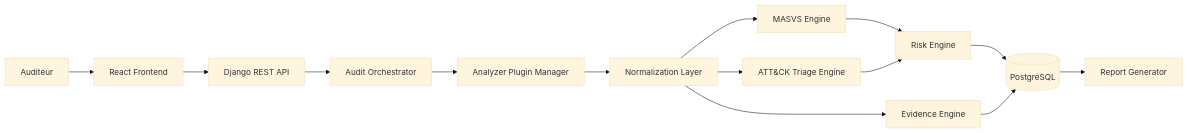
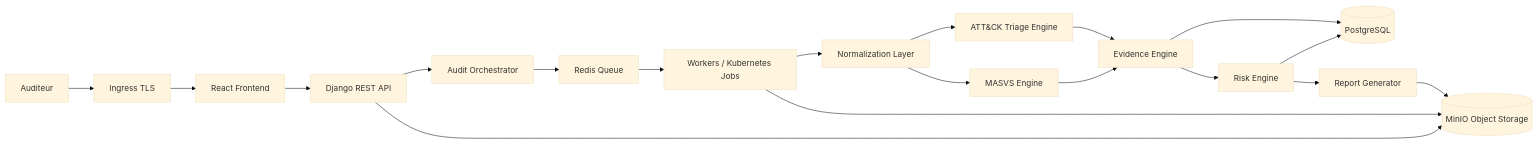
One commit to nine11-tech/MSAP changed the diagram in docs/00_Cadrage/00_Note_de_Cadrage_MSAP.md. Above: the diagram before and after it, drawn with Mermaid (base theme). The commit also changed other lines of this file and 44 other files, not shown here.

Commit message:
Pivot MSAP to cloud-native Kubernetes architecture

````diff
--- a/docs/00_Cadrage/00_Note_de_Cadrage_MSAP.md
+++ b/docs/00_Cadrage/00_Note_de_Cadrage_MSAP.md
@@ -85,16 +34,21 @@
 ```mermaid
 flowchart LR
-    User[Auditeur] --> FE[React Frontend]
+    User[Auditeur] --> ING[Ingress TLS]
+    ING --> FE[React Frontend]
     FE --> API[Django REST API]
     API --> ORCH[Audit Orchestrator]
-    ORCH --> PM[Analyzer Plugin Manager]
-    PM --> NORM[Normalization Layer]
+    ORCH --> Q[Redis Queue]
+    Q --> W[Workers / Kubernetes Jobs]
+    W --> NORM[Normalization Layer]
     NORM --> MASVS[MASVS Engine]
     NORM --> ATTCK[ATT&CK Triage Engine]
-    MASVS --> RISK[Risk Engine]
-    ATTCK --> RISK
-    NORM --> EVID[Evidence Engine]
+    MASVS --> EVID[Evidence Engine]
+    ATTCK --> EVID
+    EVID --> RISK[Risk Engine]
     RISK --> DB[(PostgreSQL)]
     EVID --> DB
-    DB --> REP[Report Generator]
+    API --> OBJ[(MinIO Object Storage)]
+    W --> OBJ
+    RISK --> REP[Report Generator]
+    REP --> OBJ
 ```
````
